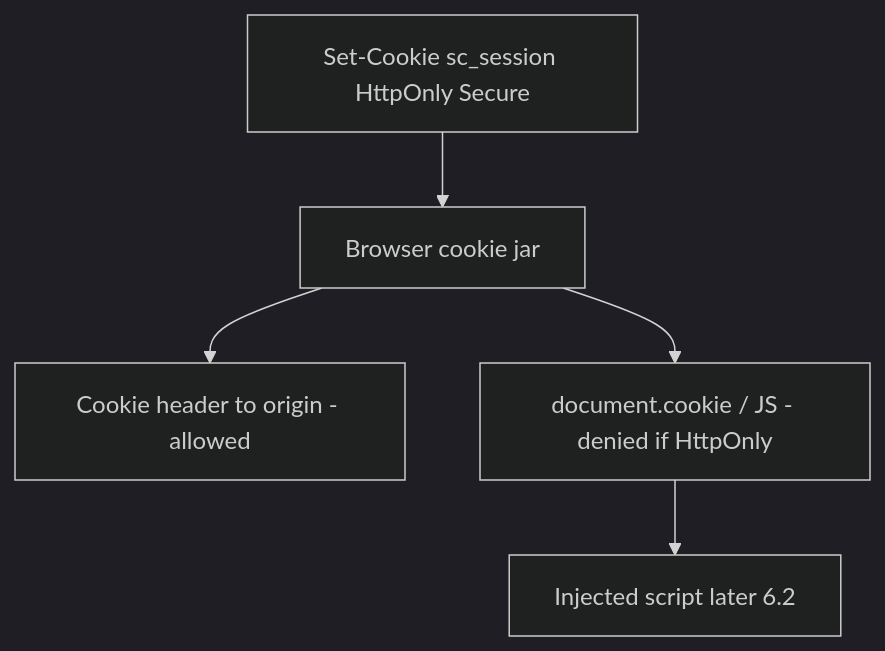
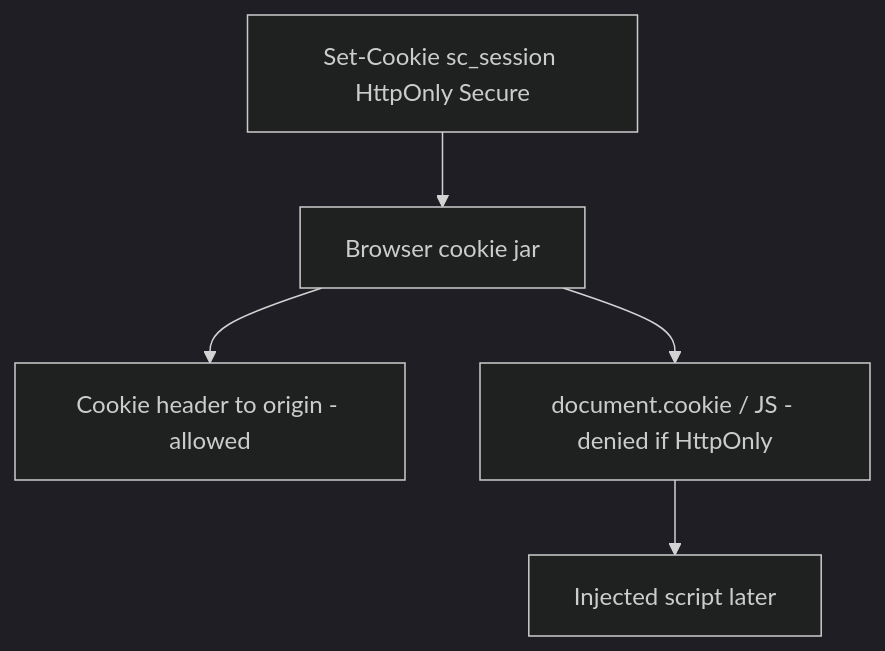
One commit to ishitvagoel/LearnSecurity changed the first of 2 diagrams in content/modules/2/2.3/lessons/01-property.md. Above: the diagram before and after it, drawn with Mermaid (dark theme). The commit also changed other lines of this file and 7 other files, not shown here.

````diff
--- a/content/modules/2/2.3/lessons/01-property.md
+++ b/content/modules/2/2.3/lessons/01-property.md
@@ -19,7 +22,7 @@
 ```mermaid
 flowchart TD
   Set["Set-Cookie sc_session HttpOnly Secure"] --> Jar[Browser cookie jar]
   Jar --> Header["Cookie header to origin - allowed"]
   Jar --> Script["document.cookie / JS - denied if HttpOnly"]
-  Script --> XSS["Injected script later 6.2"]
+  Script --> XSS["Injected script later"]
 ```
````
